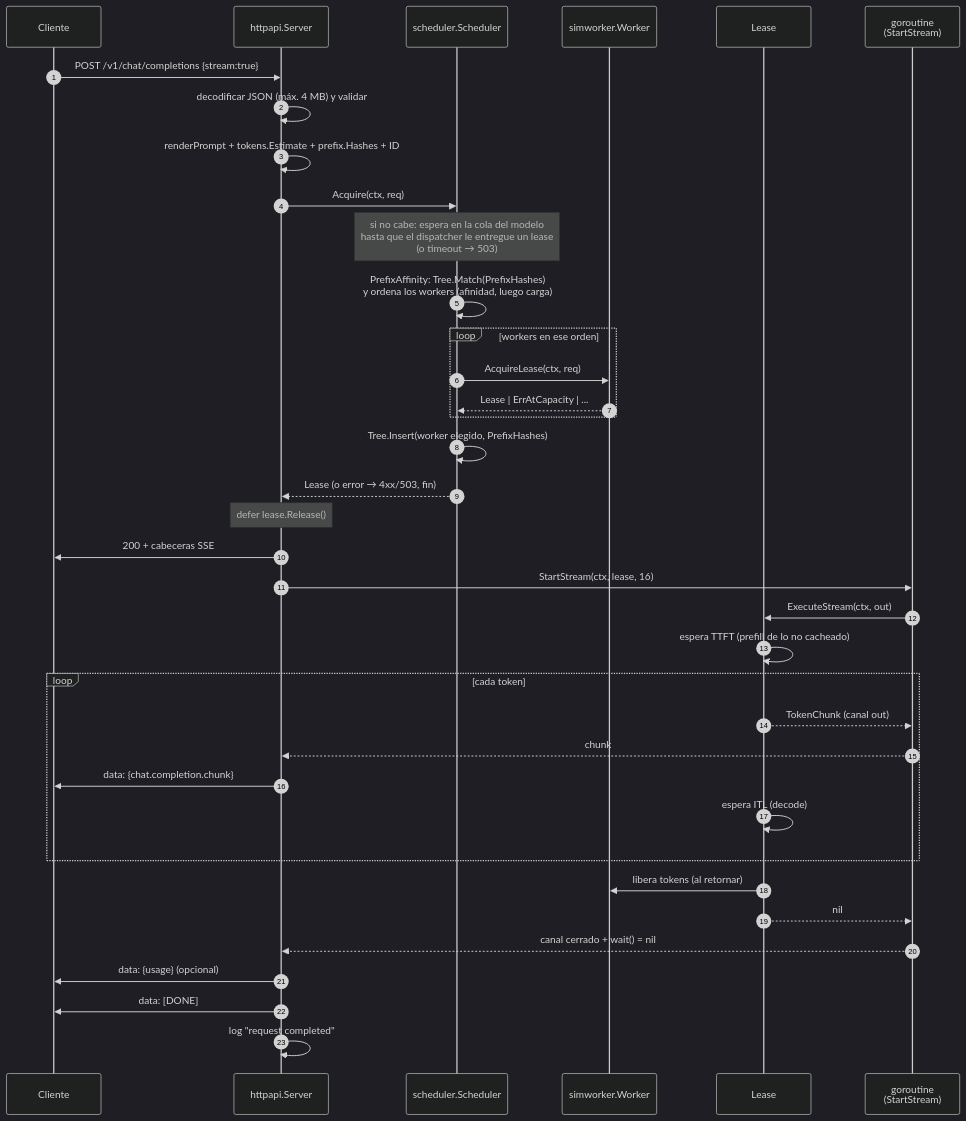
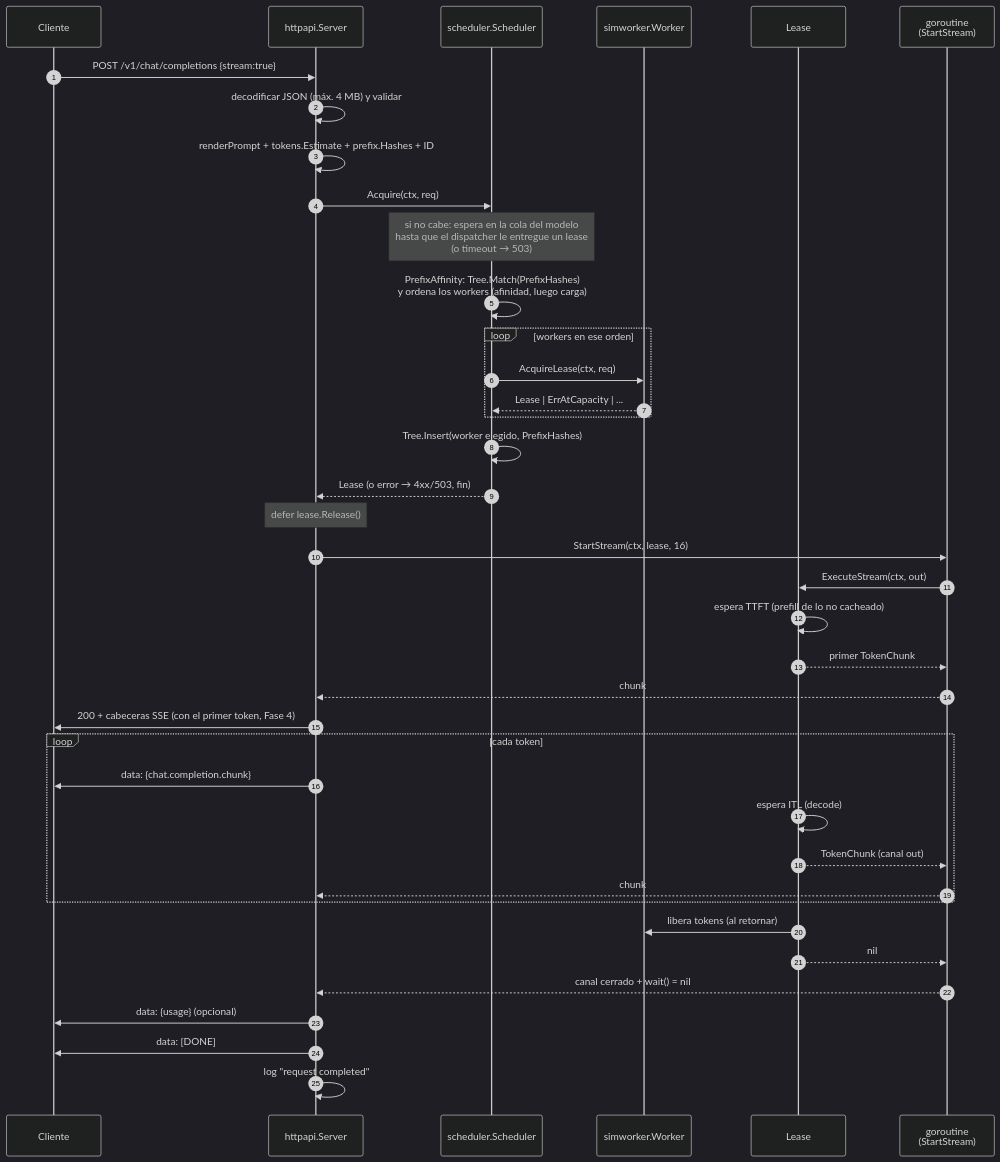
The first of 2 diagrams in docs/servicio/02-recorrido-de-una-peticion.md (esnchez/llm-inference-platform), drawn with Mermaid (dark theme) before and after one commit. The commit also changed other lines of this file and 40 other files, not shown here.

````diff
--- a/docs/servicio/02-recorrido-de-una-peticion.md
+++ b/docs/servicio/02-recorrido-de-una-peticion.md
@@ -7,40 +7,42 @@
 ```mermaid
 sequenceDiagram
     autonumber
     participant C as Cliente
     participant API as httpapi.Server
     participant P as scheduler.Scheduler
     participant W as simworker.Worker
     participant L as Lease
     participant G as goroutine<br/>(StartStream)
 
     C->>API: POST /v1/chat/completions {stream:true}
     API->>API: decodificar JSON (máx. 4 MB) y validar
     API->>API: renderPrompt + tokens.Estimate + prefix.Hashes + ID
     API->>P: Acquire(ctx, req)
     Note over P: si no cabe: espera en la cola del modelo<br/>hasta que el dispatcher le entregue un lease<br/>(o timeout → 503)
     P->>P: PrefixAffinity: Tree.Match(PrefixHashes)<br/>y ordena los workers (afinidad, luego carga)
     loop workers en ese orden
         P->>W: AcquireLease(ctx, req)
         W-->>P: Lease | ErrAtCapacity | ...
     end
     P->>P: Tree.Insert(worker elegido, PrefixHashes)
     P-->>API: Lease (o error → 4xx/503, fin)
     Note over API: defer lease.Release()
-    API->>C: 200 + cabeceras SSE
     API->>G: StartStream(ctx, lease, 16)
     G->>L: ExecuteStream(ctx, out)
     L->>L: espera TTFT (prefill de lo no cacheado)
+    L-->>G: primer TokenChunk
+    G-->>API: chunk
+    API->>C: 200 + cabeceras SSE (con el primer token, Fase 4)
     loop cada token
+        API->>C: data: {chat.completion.chunk}
+        L->>L: espera ITL (decode)
         L-->>G: TokenChunk (canal out)
         G-->>API: chunk
-        API->>C: data: {chat.completion.chunk}
-        L->>L: espera ITL (decode)
     end
     L->>W: libera tokens (al retornar)
     L-->>G: nil
     G-->>API: canal cerrado + wait() = nil
     API->>C: data: {usage} (opcional)
     API->>C: data: [DONE]
     API->>API: log "request completed"
 ```
````
